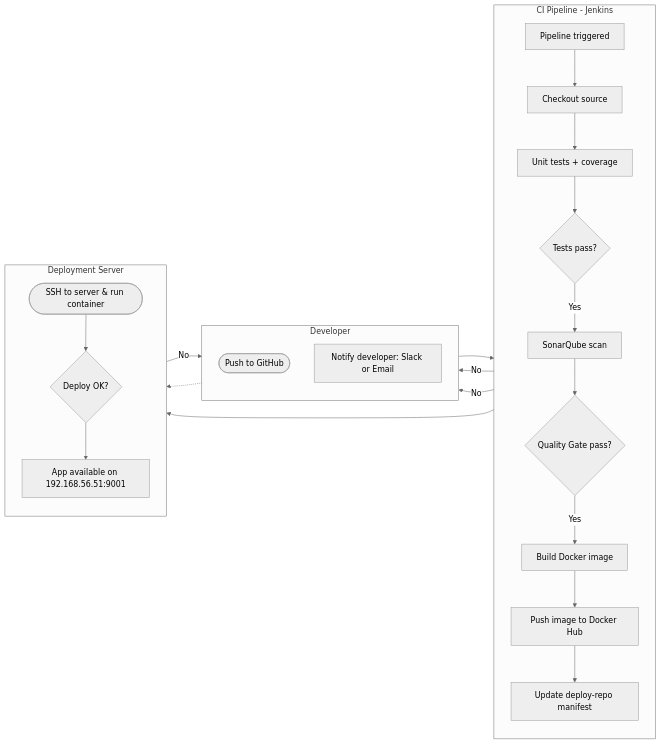
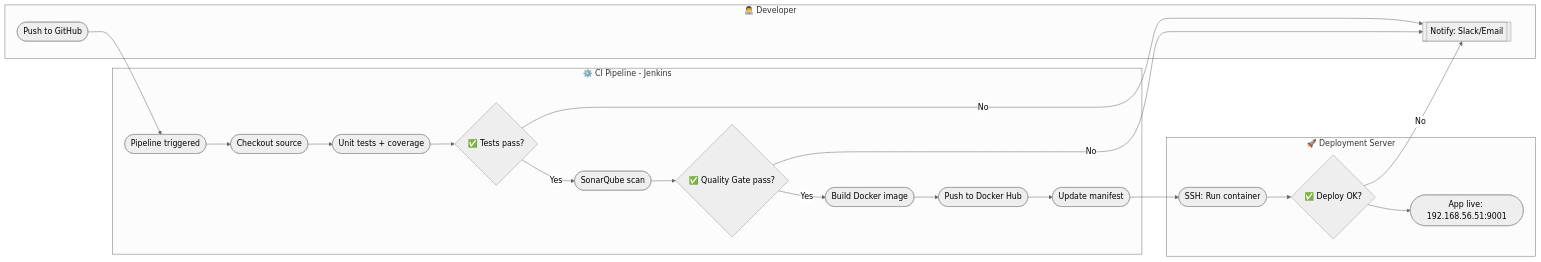
The diagram in README.md (jakirhosen9395/cicd-learning), drawn with Mermaid (neutral theme) before and after one commit.

````diff
--- a/README.md
+++ b/README.md
@@ -85,42 +85,37 @@
 ```mermaid
 flowchart LR
   %% Groups
-  subgraph DEV [Developer]
-    direction TB
+  subgraph DEV [👨‍💻 Developer]
     A([Push to GitHub])
-    N[Notify developer: Slack or Email]
+    N[[Notify: Slack/Email]]
   end
 
-  subgraph CI [CI Pipeline - Jenkins]
-    direction TB
-    B[Pipeline triggered]
-    C[Checkout source]
-    D[Unit tests + coverage]
-    DQ{Tests pass?}
-    E[SonarQube scan]
-    EQ{Quality Gate pass?}
-    F[Build Docker image]
-    G[Push image to Docker Hub]
-    H[Update deploy-repo manifest]
+  subgraph CI [⚙️ CI Pipeline - Jenkins]
+    B([Pipeline triggered])
+    C([Checkout source])
+    D([Unit tests + coverage])
+    DQ{✅ Tests pass?}
+    E([SonarQube scan])
+    EQ{✅ Quality Gate pass?}
+    F([Build Docker image])
+    G([Push to Docker Hub])
+    H([Update manifest])
   end
 
-  subgraph DEPLOY [Deployment Server]
-    direction TB
-    I([SSH to server & run container])
-    IS{Deploy OK?}
-    J[App available on 192.168.56.51:9001]
+  subgraph DEPLOY [🚀 Deployment Server]
+    I([SSH: Run container])
+    IS{✅ Deploy OK?}
+    J([App live: 192.168.56.51:9001])
   end
 
-  %% Happy path
+  %% Main happy path
   A --> B --> C --> D --> DQ
   DQ -- Yes --> E --> EQ
   EQ -- Yes --> F --> G --> H --> I --> IS --> J
 
-  %% Fail & notify
+  %% Failures
   DQ -- No --> N
   EQ -- No --> N
   IS -- No --> N
 
-  %% Visual tweak to keep A and I closer
-  A -.-> I
 ```
````
